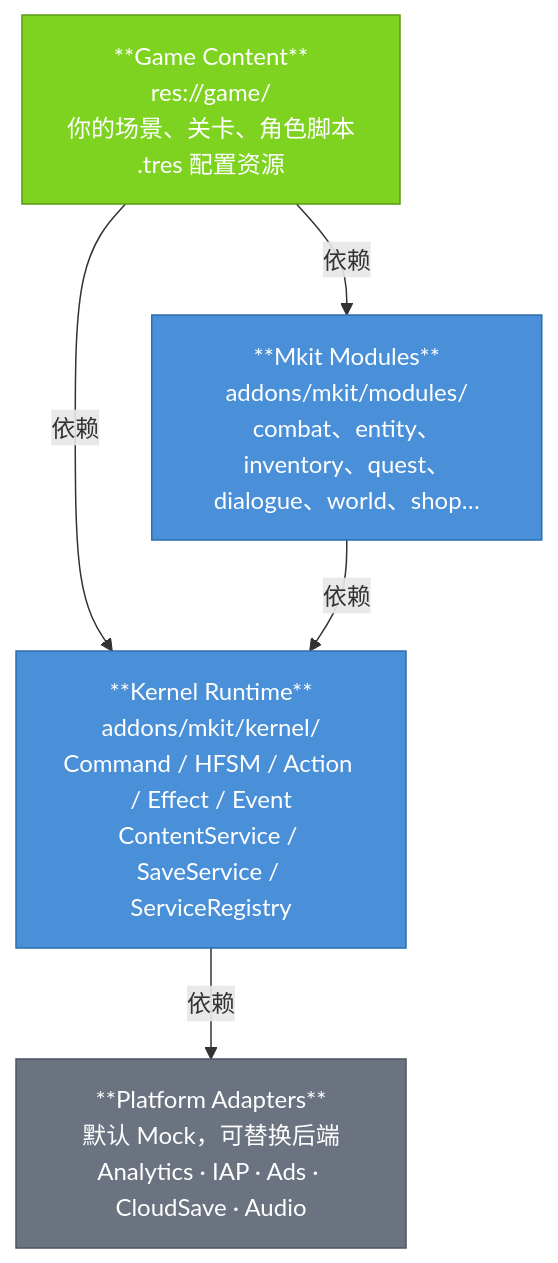
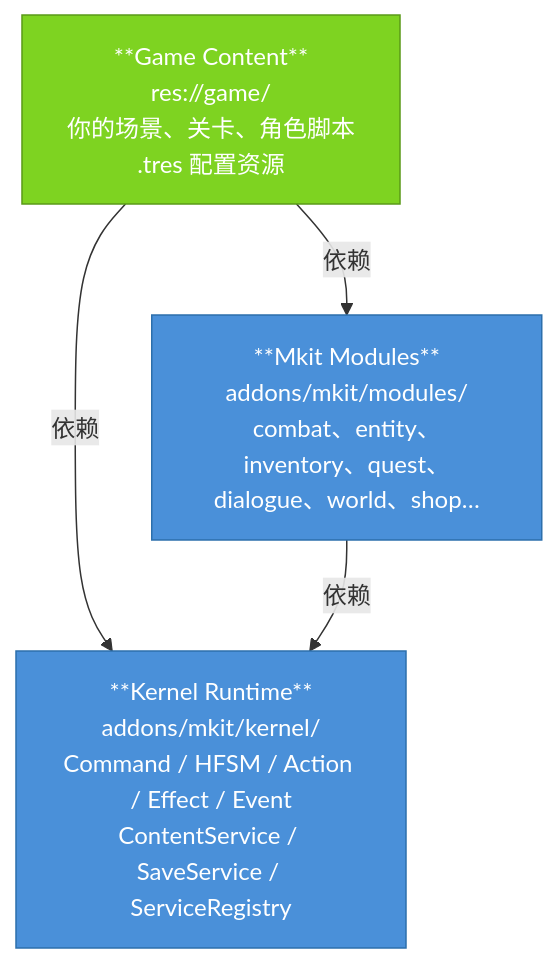
The diagram in docs/architecture.md (xiaofeiqiu/mkit), drawn with Mermaid before and after one commit. The commit also changed other lines of this file and 403 other files, not shown here.

````diff
--- a/docs/architecture.md
+++ b/docs/architecture.md
@@ -9,20 +9,16 @@
 ```mermaid
 flowchart TB
     Game["**Game Content**\nres://game/\n你的场景、关卡、角色脚本\n.tres 配置资源"]
     Modules["**Mkit Modules**\naddons/mkit/modules/\ncombat、entity、inventory、quest、dialogue、world、shop…"]
     Kernel["**Kernel Runtime**\naddons/mkit/kernel/\nCommand / HFSM / Action / Effect / Event\nContentService / SaveService / ServiceRegistry"]
-    Platform["**Platform Adapters**\n默认 Mock，可替换后端\nAnalytics · IAP · Ads · CloudSave · Audio"]
 
     Game -->|"依赖"| Modules
     Game -->|"依赖"| Kernel
     Modules -->|"依赖"| Kernel
-    Kernel -->|"依赖"| Platform
 
     classDef mkitCore  fill:#4A90D9,color:#fff,stroke:#2C6FAC
     classDef userOwned fill:#7ED321,color:#fff,stroke:#5A9A18
-    classDef platform  fill:#6B7280,color:#fff,stroke:#4B5563
 
     class Modules,Kernel mkitCore
     class Game userOwned
-    class Platform platform
 ```
````
